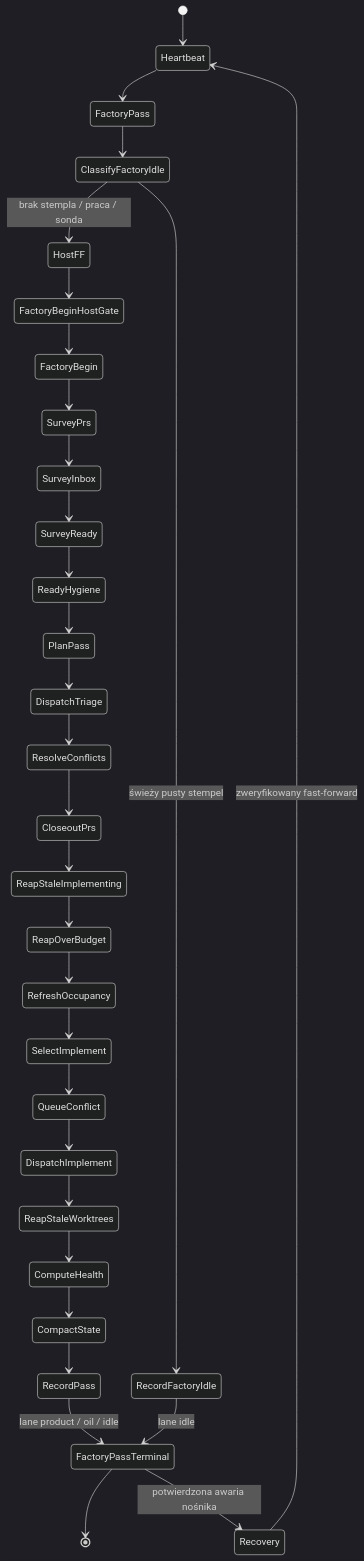
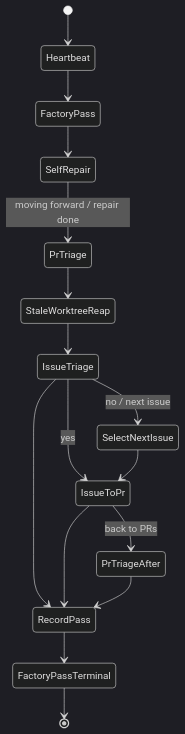
The first of 40 diagrams in README.md (mikolaj92/lokay), drawn with Mermaid (dark theme) before and after one commit. The commit also changed other lines of this file and 26 other files, not shown here.

First line of the commit message:
fix: author four-child factory_pass; leftover overflow is skip

````diff
--- a/README.md
+++ b/README.md
@@ -79,33 +79,18 @@
 ```mermaid
 stateDiagram-v2
     [*] --> Heartbeat
     Heartbeat --> FactoryPass
-    FactoryPass --> ClassifyFactoryIdle
-    ClassifyFactoryIdle --> RecordFactoryIdle: świeży pusty stempel
-    ClassifyFactoryIdle --> HostFF: brak stempla / praca / sonda
-    HostFF --> FactoryBeginHostGate
-    FactoryBeginHostGate --> FactoryBegin
-    FactoryBegin --> SurveyPrs
-    SurveyPrs --> SurveyInbox
-    SurveyInbox --> SurveyReady
-    SurveyReady --> ReadyHygiene
-    ReadyHygiene --> PlanPass
-    PlanPass --> DispatchTriage
-    DispatchTriage --> ResolveConflicts
-    ResolveConflicts --> CloseoutPrs
-    CloseoutPrs --> ReapStaleImplementing
-    ReapStaleImplementing --> ReapOverBudget
-    ReapOverBudget --> RefreshOccupancy
-    RefreshOccupancy --> SelectImplement
-    SelectImplement --> QueueConflict
-    QueueConflict --> DispatchImplement
-    DispatchImplement --> ReapStaleWorktrees
-    ReapStaleWorktrees --> ComputeHealth
-    ComputeHealth --> CompactState
-    CompactState --> RecordPass
-    RecordPass --> FactoryPassTerminal: lane product / oil / idle
-    RecordFactoryIdle --> FactoryPassTerminal: lane idle
+    FactoryPass --> SelfRepair
+    SelfRepair --> PrTriage: moving forward / repair done
+    PrTriage --> StaleWorktreeReap
+    StaleWorktreeReap --> IssueTriage
+    IssueTriage --> SelectNextIssue: no / next issue
+    IssueTriage --> IssueToPr: yes
+    SelectNextIssue --> IssueToPr
+    IssueToPr --> PrTriageAfter: back to PRs
+    IssueTriage --> RecordPass
+    IssueToPr --> RecordPass
+    PrTriageAfter --> RecordPass
+    RecordPass --> FactoryPassTerminal
     FactoryPassTerminal --> [*]
-    FactoryPassTerminal --> Recovery: potwierdzona awaria nośnika
-    Recovery --> Heartbeat: zweryfikowany fast-forward
 ```
````
